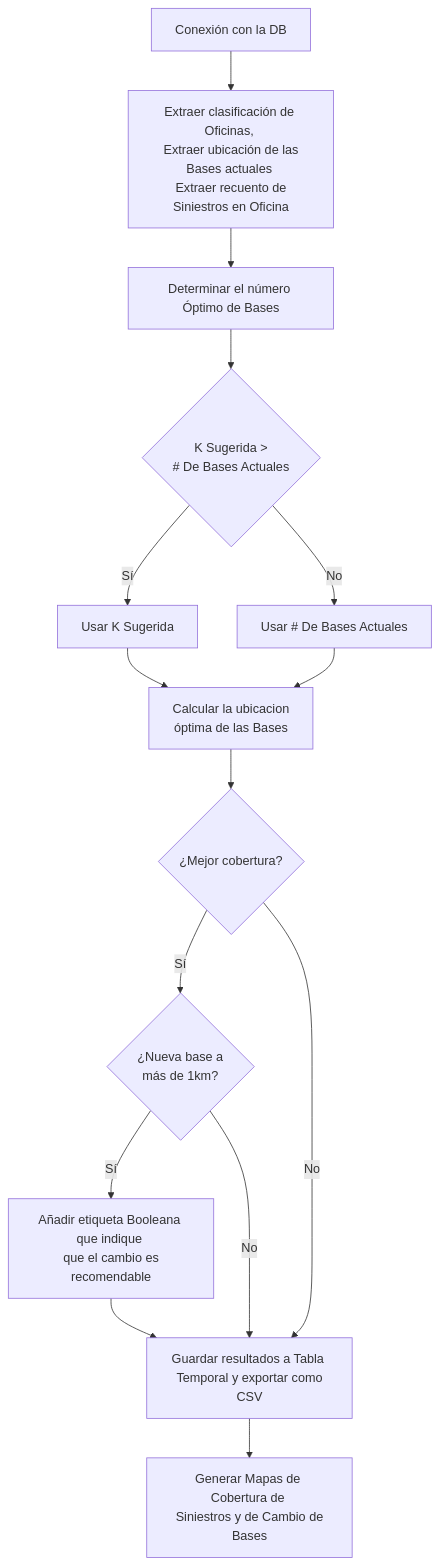
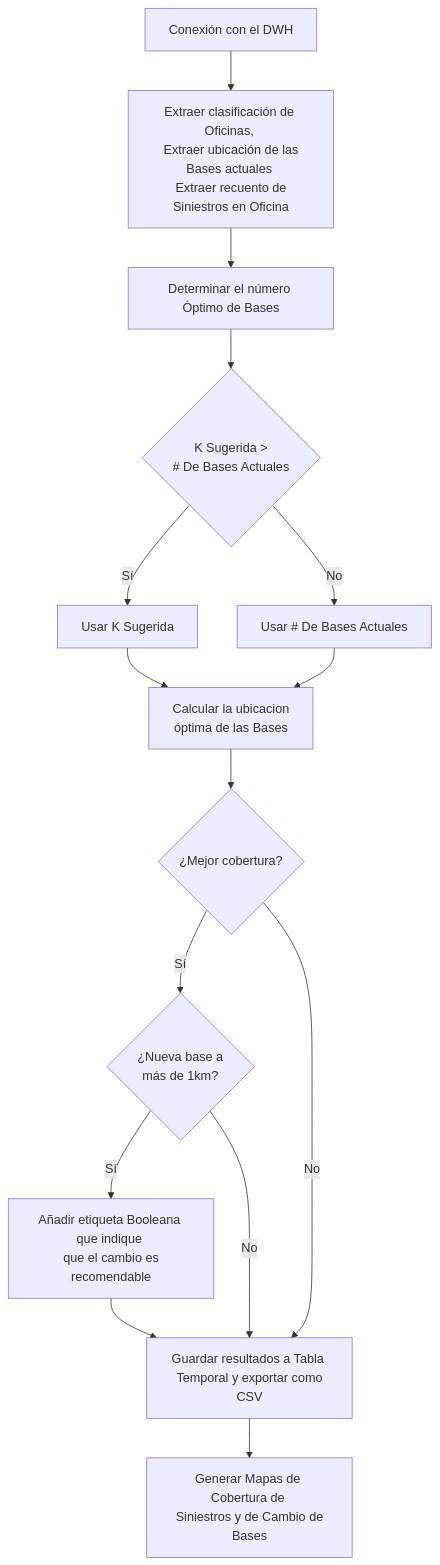
Before and after one commit to yakincc/linked-blog-starter-md: the diagram in HDI - Proyectos/Proyecto de Modificación a las Bases de Ajuste.md, drawn with Mermaid.

Commit message:
vault backup: 2024-11-19 12:09:20

````diff
--- a/HDI - Proyectos/Proyecto de Modificación a las Bases de Ajuste.md
+++ b/HDI - Proyectos/Proyecto de Modificación a las Bases de Ajuste.md
@@ -45,17 +45,17 @@
 ```mermaid
 graph TD
-	A[Conexión con la DB] --> B[Extraer clasificación de Oficinas, <br> Extraer ubicación de las Bases actuales <br> Extraer recuento de Siniestros en Oficina] 
+	A[Conexión con el DWH] --> B[Extraer clasificación de Oficinas, <br> Extraer ubicación de las Bases actuales <br> Extraer recuento de Siniestros en Oficina] 
 	B --> E[Determinar el número Óptimo de Bases]
 	E --> C{K Sugerida > <br> # De Bases Actuales}
 	C --> |Sí| D[Usar K Sugerida]
 	C --> |No| L[Usar # De Bases Actuales]
 	D --> F[Calcular la ubicacion <br> óptima de las Bases]
 	L --> F
 	F --> G{¿Mejor cobertura?}
 	G -->|Sí| H{¿Nueva base a <br> más de 1km?} 
 		H -->|Sí| J[Añadir etiqueta Booleana que indique <br> que el cambio es recomendable]
 		H -->|No|I[Guardar resultados a Tabla <br> Temporal y exportar como CSV] 
 	G -->|No| I
 	J --> I
 	I --> K[Generar Mapas de Cobertura de <br> Siniestros y de Cambio de Bases]
 ```
````
